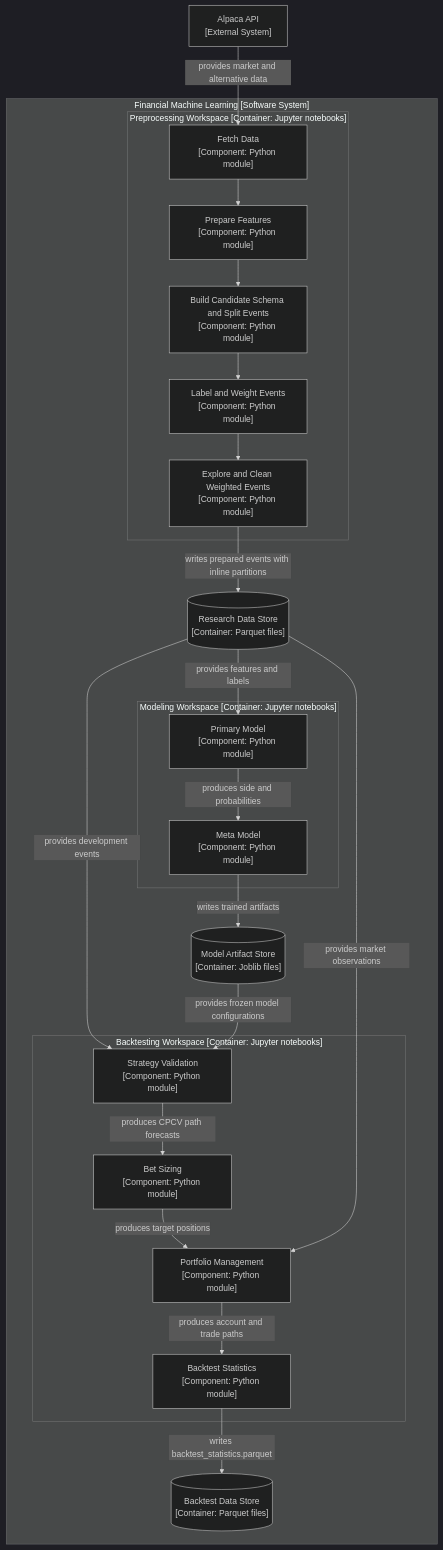
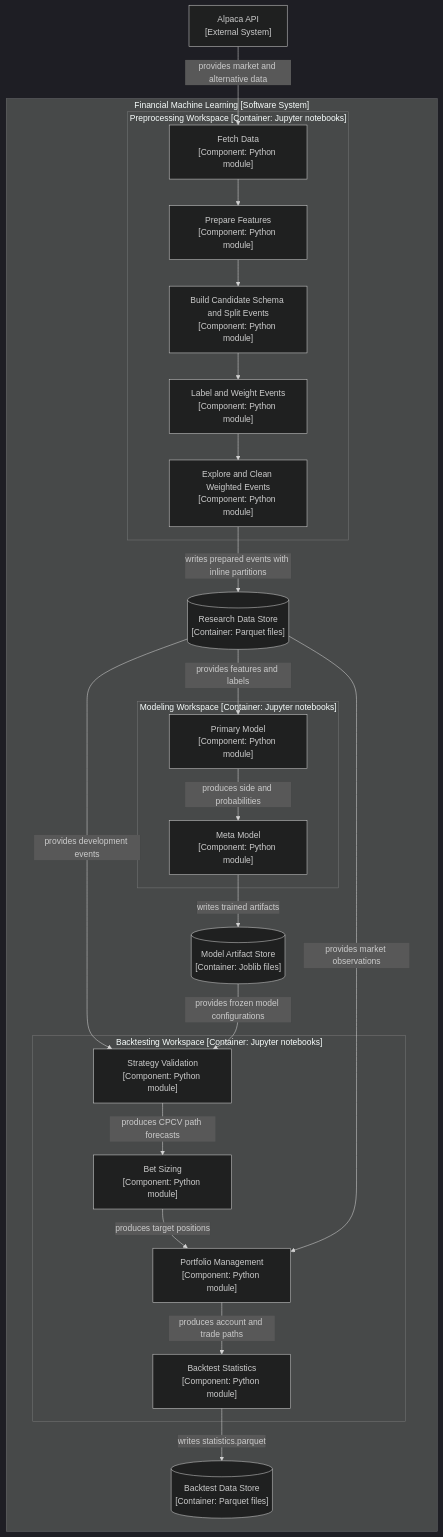
The third of 3 diagrams in docs/architecture.md (kwonjunhyuk9/financial-machine-learning), drawn with Mermaid (dark theme) before and after one commit. The commit also changed 21 other files, not shown here.

````diff
--- a/docs/architecture.md
+++ b/docs/architecture.md
@@ -67,48 +67,48 @@
 ```mermaid
 flowchart TD
     alpaca["Alpaca API<br/>[External System]"]
 
     subgraph system["Financial Machine Learning [Software System]"]
         data_store[("Research Data Store<br/>[Container: Parquet files]")]
         model_store[("Model Artifact Store<br/>[Container: Joblib files]")]
         result_store[("Backtest Data Store<br/>[Container: Parquet files]")]
 
         subgraph preprocessing_workspace["Preprocessing Workspace [Container: Jupyter notebooks]"]
             fetch_data["Fetch Data<br/>[Component: Python module]"]
             prepare_data["Prepare Features<br/>[Component: Python module]"]
             split_events["Build Candidate Schema and Split Events<br/>[Component: Python module]"]
             label_events["Label and Weight Events<br/>[Component: Python module]"]
             clean_events["Explore and Clean Weighted Events<br/>[Component: Python module]"]
         end
 
         subgraph modeling_workspace["Modeling Workspace [Container: Jupyter notebooks]"]
             primary_model["Primary Model<br/>[Component: Python module]"]
             meta_model["Meta Model<br/>[Component: Python module]"]
         end
 
         subgraph backtesting_workspace["Backtesting Workspace [Container: Jupyter notebooks]"]
             strategy_validation["Strategy Validation<br/>[Component: Python module]"]
             bet_sizing["Bet Sizing<br/>[Component: Python module]"]
             portfolio_management["Portfolio Management<br/>[Component: Python module]"]
             backtest_statistics["Backtest Statistics<br/>[Component: Python module]"]
         end
 
     end
 
     alpaca -->|" provides market and alternative data "| fetch_data
     fetch_data --> prepare_data
     prepare_data --> split_events
     split_events --> label_events
     label_events --> clean_events
     clean_events -->|" writes prepared events with inline partitions "| data_store
     data_store -->|" provides features and labels "| primary_model
     primary_model -->|" produces side and probabilities "| meta_model
     meta_model -->|" writes trained artifacts "| model_store
     data_store -->|" provides development events "| strategy_validation
     model_store -->|" provides frozen model configurations "| strategy_validation
     strategy_validation -->|" produces CPCV path forecasts "| bet_sizing
     bet_sizing -->|" produces target positions "| portfolio_management
     data_store -->|" provides market observations "| portfolio_management
     portfolio_management -->|" produces account and trade paths "| backtest_statistics
-    backtest_statistics -->|" writes backtest_statistics.parquet "| result_store
+    backtest_statistics -->|" writes statistics.parquet "| result_store
 ```
````
